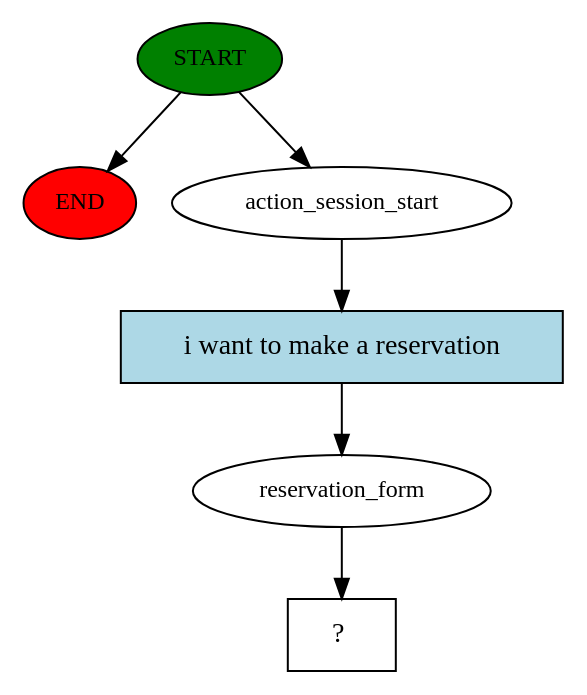
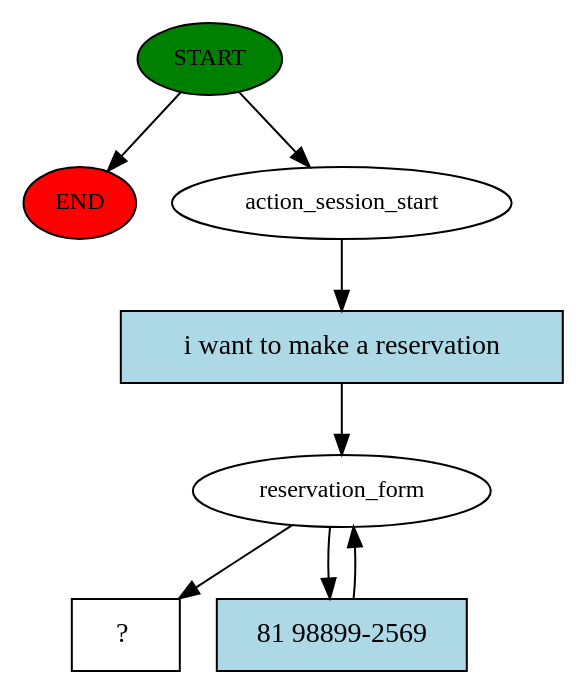
The diagram in rasa/story_graph.dot (zegabr/pln-chatbot), drawn with Graphviz before and after one commit. The commit also changed 7 other files, not shown here.

```diff
--- a/rasa/story_graph.dot
+++ b/rasa/story_graph.dot
@@ -1,13 +1,16 @@
 digraph  {
 0 [class="start active", fillcolor=green, fontsize=12, label=START, style=filled];
 "-1" [class=end, fillcolor=red, fontsize=12, label=END, style=filled];
 1 [class=active, fontsize=12, label=action_session_start];
 2 [class=active, fontsize=12, label=reservation_form];
-3 [class="intent dashed active", label="  ?  ", shape=rect];
-4 [class="intent active", fillcolor=lightblue, label="i want to make a reservation", shape=rect, style=filled];
+4 [class="intent dashed active", label="  ?  ", shape=rect];
+5 [class="intent active", fillcolor=lightblue, label="i want to make a reservation", shape=rect, style=filled];
+6 [class="intent active", fillcolor=lightblue, label="81 98899-2569", shape=rect, style=filled];
 0 -> "-1"  [class="", key=NONE, label=""];
 0 -> 1  [class=active, key=NONE, label=""];
-1 -> 4  [class=active, key=0];
-2 -> 3  [class=active, key=NONE, label=""];
-4 -> 2  [class=active, key=0];
+1 -> 5  [class=active, key=0];
+2 -> 4  [class=active, key=NONE, label=""];
+2 -> 6  [class=active, key=0];
+5 -> 2  [class=active, key=0];
+6 -> 2  [class=active, key=0];
 }
```
